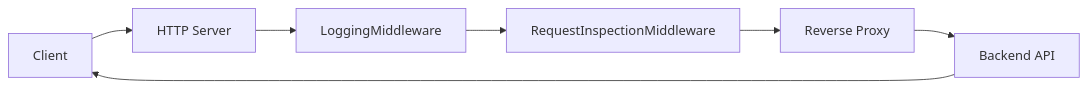
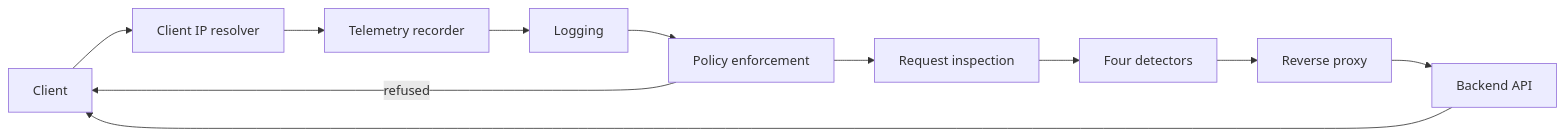
Before and after one commit to Adnan-Safdari/Intelligent_API_Security_Gateway: the first of 2 diagrams in gateway/docs/index.md, drawn with Mermaid. The commit also changed other lines of this file and 12 other files, not shown here.

````diff
--- a/gateway/docs/index.md
+++ b/gateway/docs/index.md
@@ -26,9 +46,13 @@
 ```mermaid
 flowchart LR
-    Client[Client] --> Gateway[HTTP Server]
-    Gateway --> Logging[LoggingMiddleware]
-    Logging --> Inspection[RequestInspectionMiddleware]
-    Inspection --> Proxy[Reverse Proxy]
+    Client[Client] --> Resolver[Client IP resolver]
+    Resolver --> Telemetry[Telemetry recorder]
+    Telemetry --> Logging[Logging]
+    Logging --> Policy[Policy enforcement]
+    Policy -->|refused| Client
+    Policy --> Inspect[Request inspection]
+    Inspect --> Detectors[Four detectors]
+    Detectors --> Proxy[Reverse proxy]
     Proxy --> Backend[Backend API]
     Backend --> Client
 ```
````
